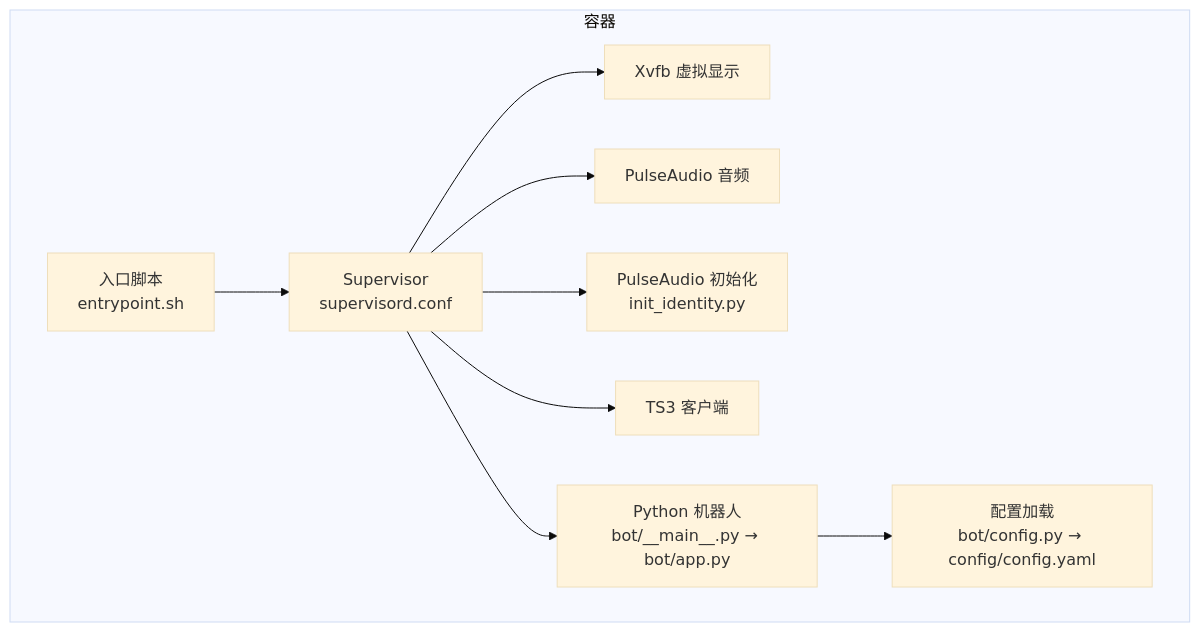
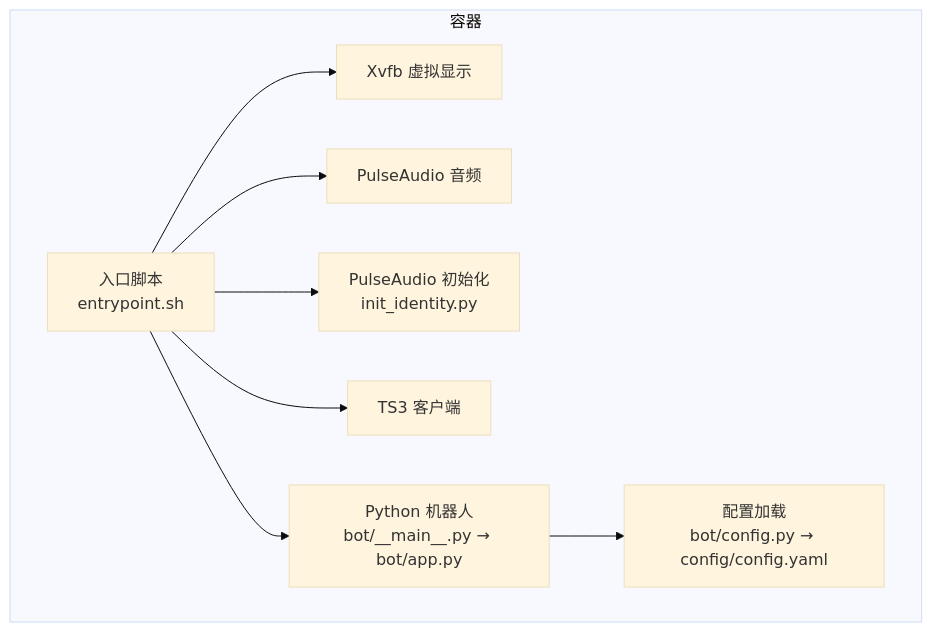
Before and after one commit to GhoulOwl/Teamspeak3_Bot: the first of 3 diagrams in .qoder/repowiki/zh/content/部署和运维/部署和运维.md, drawn with Mermaid (base theme). The commit also changed other lines of this file and 4 other files, not shown here.

````diff
--- a/.qoder/repowiki/zh/content/部署和运维/部署和运维.md
+++ b/.qoder/repowiki/zh/content/部署和运维/部署和运维.md
@@ -38,20 +38,18 @@
 ```mermaid
 graph TB
 subgraph "容器"
 EP["入口脚本<br/>entrypoint.sh"]
-SV["Supervisor<br/>supervisord.conf"]
 XV["Xvfb 虚拟显示"]
 PA["PulseAudio 音频"]
 PS["PulseAudio 初始化<br/>init_identity.py"]
 TS3["TS3 客户端"]
 BOT["Python 机器人<br/>bot/__main__.py → bot/app.py"]
 CFG["配置加载<br/>bot/config.py → config/config.yaml"]
 end
-EP --> SV
-SV --> XV
-SV --> PA
-SV --> PS
-SV --> TS3
-SV --> BOT
+EP --> XV
+EP --> PA
+EP --> PS
+EP --> TS3
+EP --> BOT
 BOT --> CFG
 ```
````
